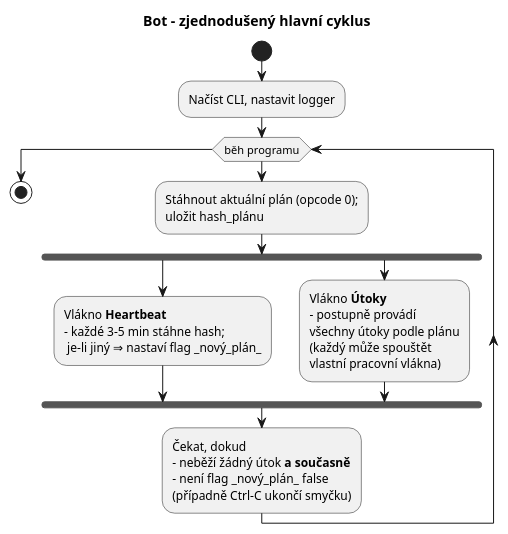
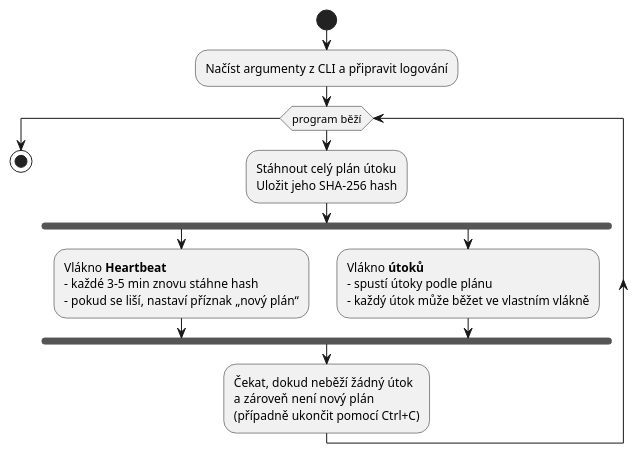
Before and after one commit to zimice/DdosAttackSimulator: the diagram in uml/bot.puml, drawn with PlantUML. The commit also changed 27 other files, not shown here.

```diff
--- a/uml/bot.puml
+++ b/uml/bot.puml
@@ -1,20 +1,19 @@
 @startuml
-title Bot – zjednodušený hlavní cyklus
 
 start
-:Načíst CLI, nastavit logger;
+:Načíst argumenty z CLI a připravit logování;
 
-while (běh programu)
-  :Stáhnout aktuální plán (opcode 0);\nuložit hash_plánu;
+while (program běží)
+  :Stáhnout celý plán útoku\nUložit jeho SHA-256 hash;
 
   fork
-    :Vlákno **Heartbeat**\n– každé 3–5 min stáhne hash;\n je-li jiný ⇒ nastaví flag _nový_plán_;
+    :Vlákno **Heartbeat**\n– každé 3–5 min znovu stáhne hash\n– pokud se liší, nastaví příznak „nový plán“;
   fork again
-    :Vlákno **Útoky**\n– postupně provádí\nvšechny útoky podle plánu\n(každý může spouštět\nvlastní pracovní vlákna);
+    :Vlákno **útoků**\n– spustí útoky podle plánu\n– každý útok může běžet ve vlastním vlákně;
   end fork
 
-  :Čekat, dokud\n- neběží žádný útok **a současně**\n- není flag _nový_plán_ false\n(případně Ctrl-C ukončí smyčku);
+  :Čekat, dokud neběží žádný útok\na zároveň není nový plán\n(případně ukončit pomocí Ctrl+C);
 endwhile
 
 stop
 @enduml
```
